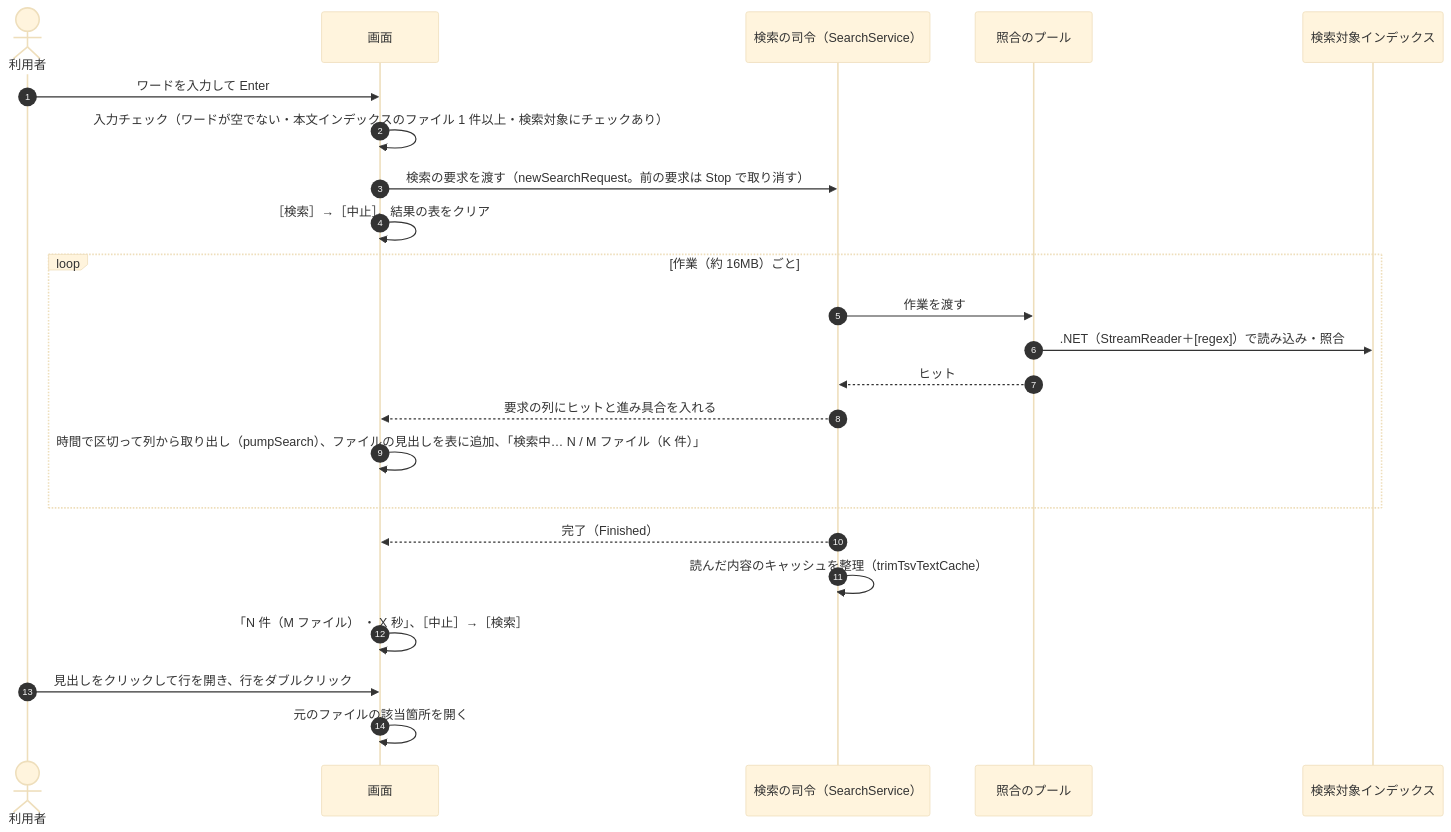
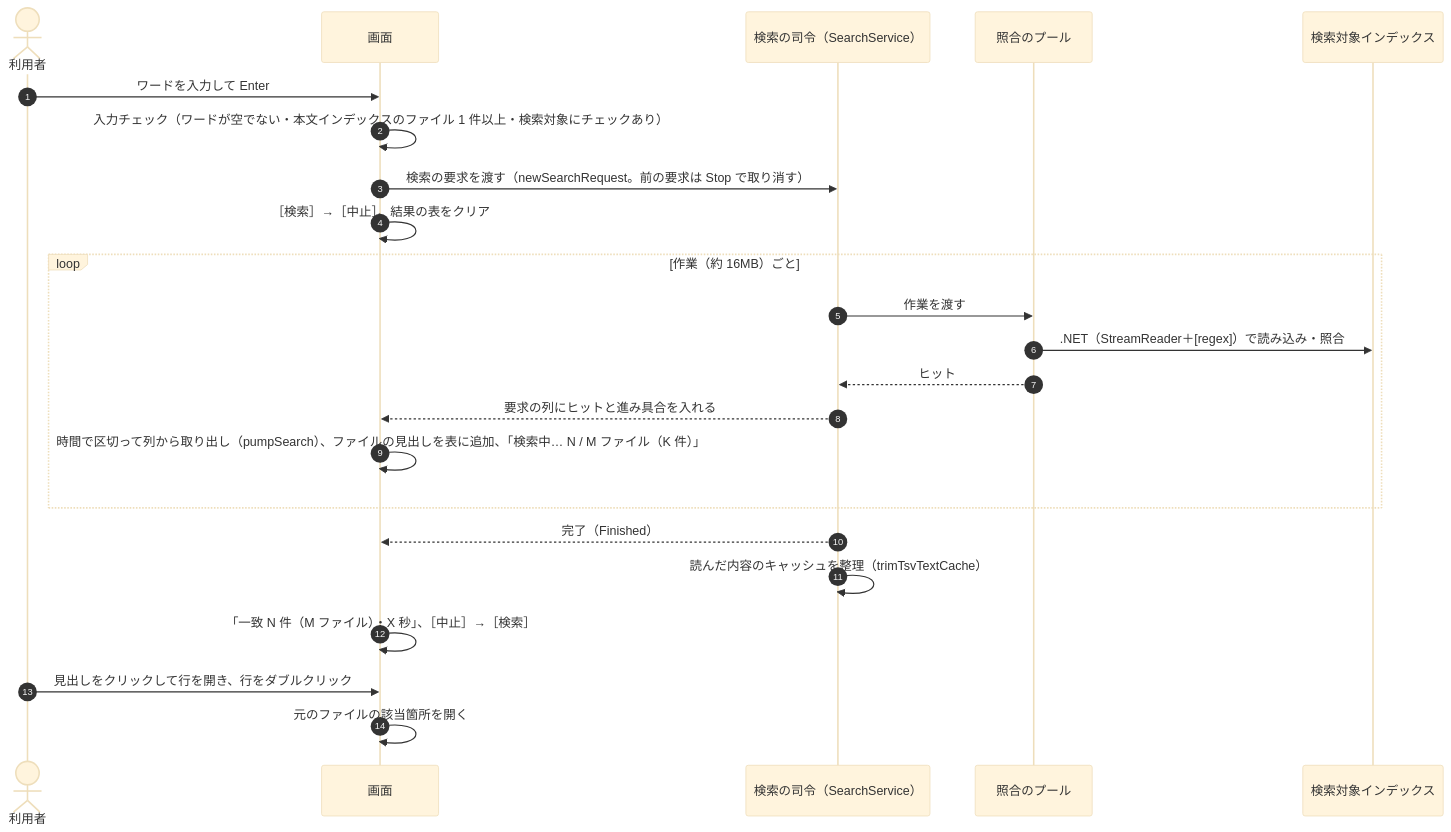
One commit to hsgwa/tebunko changed the second of 5 diagrams in docs/design/gui/state-flow.md. Above: the diagram before and after it, drawn with Mermaid (base theme). The commit also changed 42 other files, not shown here.

````diff
--- a/docs/design/gui/state-flow.md
+++ b/docs/design/gui/state-flow.md
@@ -54,26 +54,26 @@
 ```mermaid
 sequenceDiagram
     autonumber
     actor U as 利用者
     participant G as 画面
     participant S as 検索の司令（SearchService）
     participant P as 照合のプール
     participant I as 検索対象インデックス
 
     U->>G: ワードを入力して Enter
     G->>G: 入力チェック（ワードが空でない・本文インデックスのファイル 1 件以上・検索対象にチェックあり）
     G->>S: 検索の要求を渡す（newSearchRequest。前の要求は Stop で取り消す）
     G->>G: ［検索］→［中止］、結果の表をクリア
     loop 作業（約 16MB）ごと
         S->>P: 作業を渡す
         P->>I: .NET（StreamReader＋[regex]）で読み込み・照合
         P-->>S: ヒット
         S-->>G: 要求の列にヒットと進み具合を入れる
         G->>G: 時間で区切って列から取り出し（pumpSearch）、ファイルの見出しを表に追加、「検索中… N / M ファイル（K 件）」
     end
     S-->>G: 完了（Finished）
     S->>S: 読んだ内容のキャッシュを整理（trimTsvTextCache）
-    G->>G: 「N 件（M ファイル） ・ X 秒」、［中止］→［検索］
+    G->>G: 「一致 N 件（M ファイル）・X 秒」、［中止］→［検索］
     U->>G: 見出しをクリックして行を開き、行をダブルクリック
     G->>G: 元のファイルの該当箇所を開く
 ```
````
